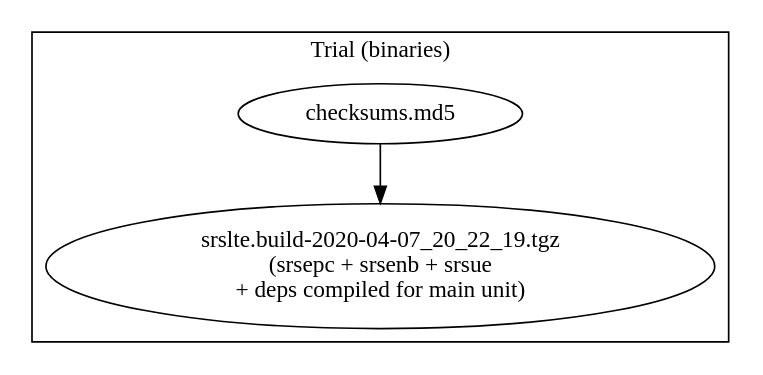
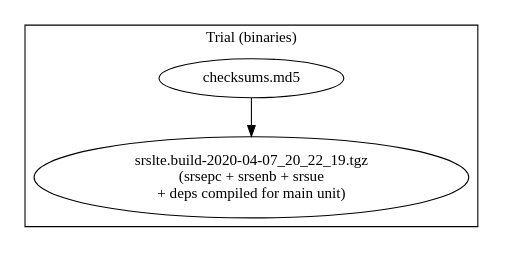
Before and after one commit to softwareradiosystems/ogt_user_manual: the diagram in chapters/config.adoc, drawn with Graphviz. The commit also changed other lines of this file and 3 other files, not shown here.

```diff
--- a/chapters/config.adoc
+++ b/chapters/config.adoc
@@ -275,12 +268,13 @@
 [graphviz]
 ----
 digraph G {
+	size="4,4"
 	subgraph cluster_trial {
 		label = "Trial (binaries)"
 		srslte [label="srslte.build-2020-04-07_20_22_19.tgz\n(srsepc + srsenb + srsue\n+ deps compiled for main unit)"]
 		checksums [label="checksums.md5"]
 
 		checksums -> {srslte}
 	}
 }
 ----
```
